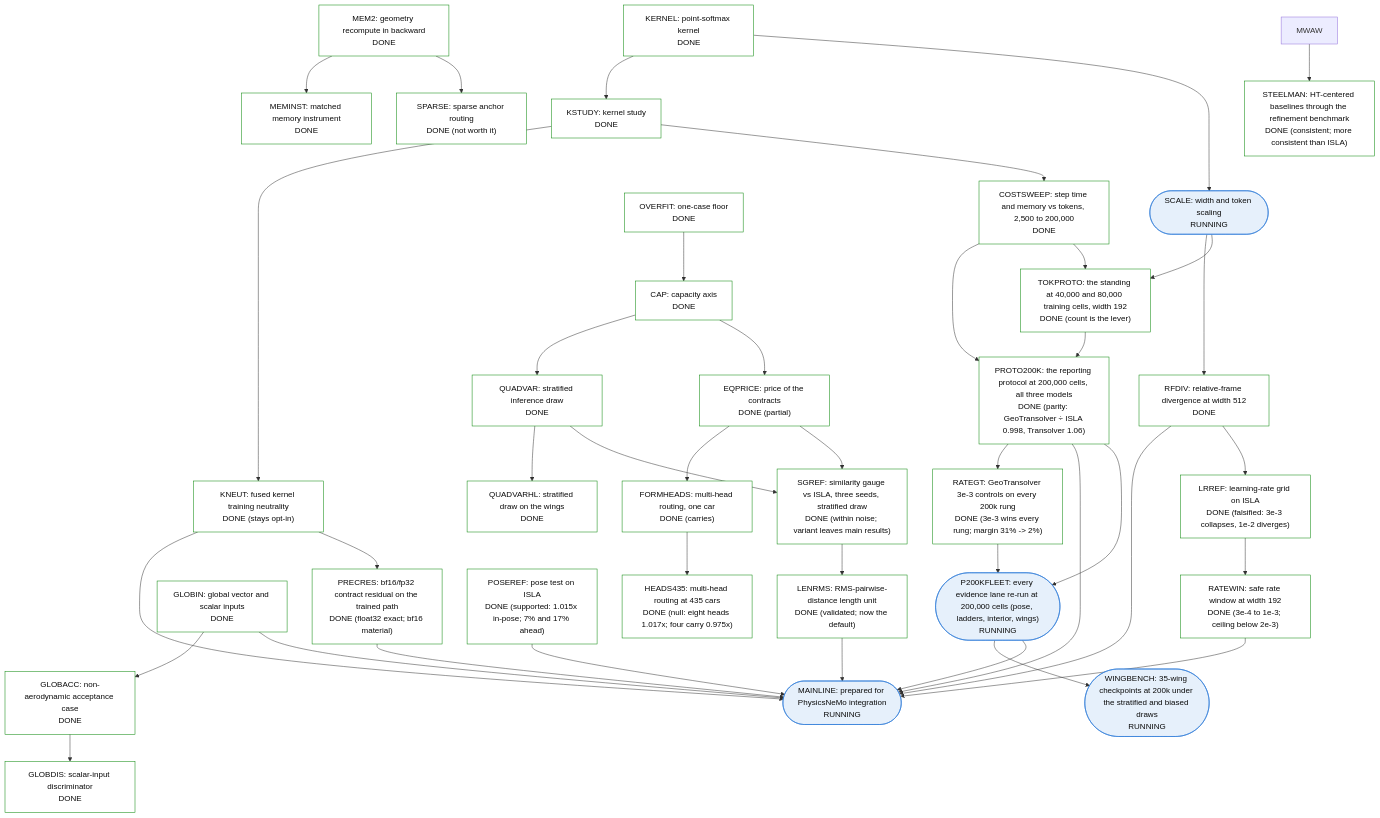
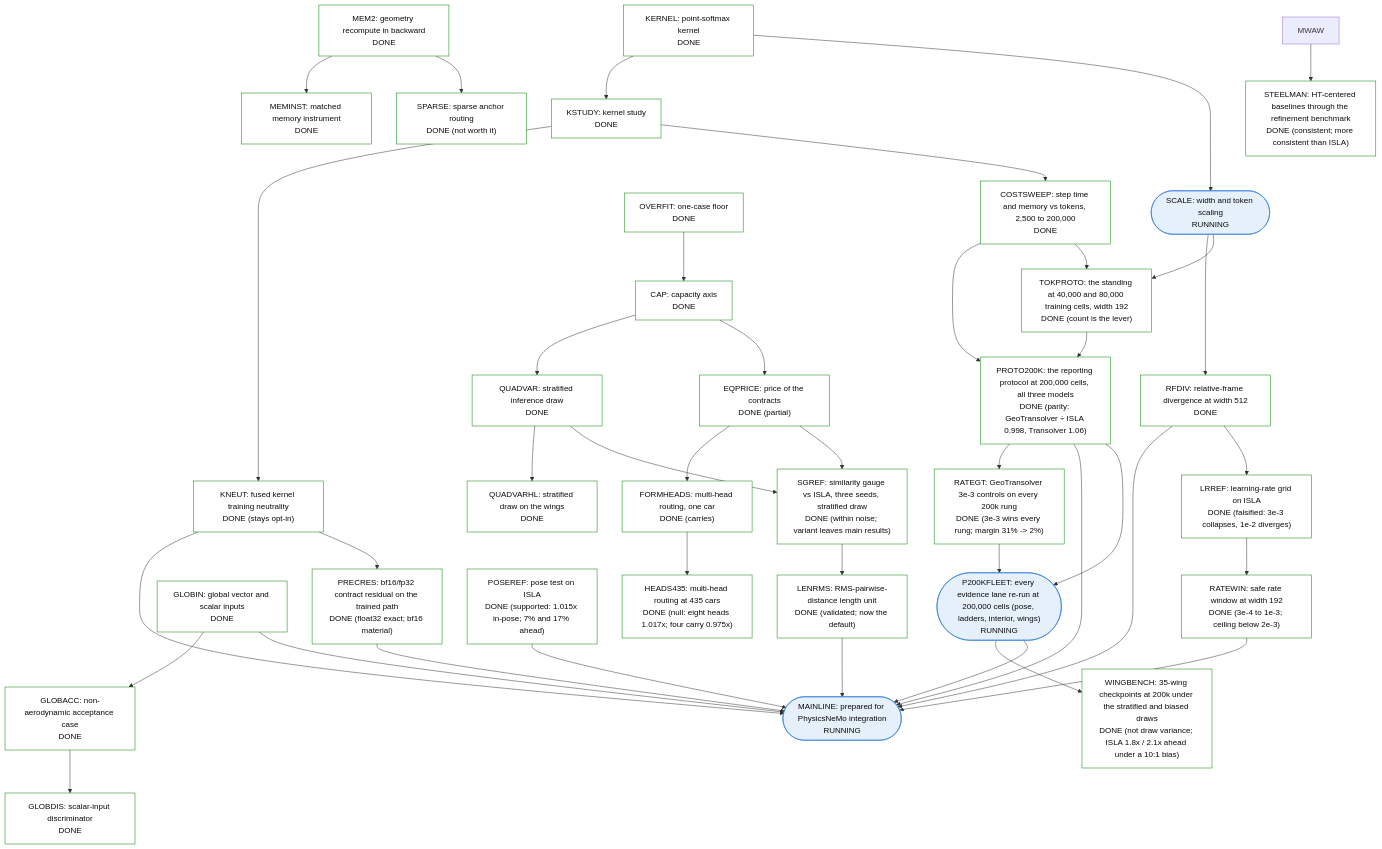
Before and after one commit to peterdsharpe/physicsnemo: the fifth of 5 diagrams in examples/cfd/mesh_transformer/book/13-program-status.qmd, drawn with Mermaid. The commit also changed other lines of this file and 3 other files, not shown here.

````diff
--- a/examples/cfd/mesh_transformer/book/13-program-status.qmd
+++ b/examples/cfd/mesh_transformer/book/13-program-status.qmd
@@ -281,82 +281,82 @@
 ```{mermaid}
 %%| fig-cap: >
 %%|   Sub-tree 5: cost, scale, deficit anatomy and mainline. HEADS435 is the
 %%|   one node RUNNING with a bar that could change ISLA's
 %%|   configuration; MAINLINE is the productization node.
 flowchart TB
     classDef done fill:#ffffff,stroke:#008300,color:#0b0b0b
     classDef running fill:#e6f0fb,stroke:#2a78d6,color:#0b0b0b
     classDef planned fill:#ffffff,stroke:#898781,color:#0b0b0b,stroke-dasharray:4 3
     classDef stopped fill:#f4f3ee,stroke:#52514e,color:#0b0b0b
     MEM2["MEM2: geometry recompute in backward<br/>DONE"]:::done
     MEMINST["MEMINST: matched memory instrument<br/>DONE"]:::done
     SPARSE["SPARSE: sparse anchor routing<br/>DONE (not worth it)"]:::done
     KERNEL["KERNEL: point-softmax kernel<br/>DONE"]:::done
     KSTUDY["KSTUDY: kernel study<br/>DONE"]:::done
     KNEUT["KNEUT: fused kernel training neutrality<br/>DONE (stays opt-in)"]:::done
     SCALE(["SCALE: width and token scaling<br/>RUNNING"]):::running
     RFDIV["RFDIV: relative-frame divergence at width 512<br/>DONE"]:::done
     OVERFIT["OVERFIT: one-case floor<br/>DONE"]:::done
     CAP["CAP: capacity axis<br/>DONE"]:::done
     QUADVAR["QUADVAR: stratified inference draw<br/>DONE"]:::done
     QUADVARHL["QUADVARHL: stratified draw on the wings<br/>DONE"]:::done
     EQPRICE["EQPRICE: price of the contracts<br/>DONE (partial)"]:::done
     FORMHEADS["FORMHEADS: multi-head routing, one car<br/>DONE (carries)"]:::done
     HEADS435["HEADS435: multi-head routing at 435 cars<br/>DONE (null: eight heads 1.017x; four carry 0.975x)"]:::done
     GLOBIN["GLOBIN: global vector and scalar inputs<br/>DONE"]:::done
     GLOBACC["GLOBACC: non-aerodynamic acceptance case<br/>DONE"]:::done
     GLOBDIS["GLOBDIS: scalar-input discriminator<br/>DONE"]:::done
     MAINLINE(["MAINLINE: prepared for PhysicsNeMo integration<br/>RUNNING"]):::running
     PRECRES["PRECRES: bf16/fp32 contract residual on the trained path<br/>DONE (float32 exact; bf16 material)"]:::done
     SGREF["SGREF: similarity gauge vs ISLA, three seeds, stratified draw<br/>DONE (within noise; variant leaves main results)"]:::done
     POSEREF["POSEREF: pose test on ISLA<br/>DONE (supported: 1.015x in-pose; 7% and 17% ahead)"]:::done
     LRREF["LRREF: learning-rate grid on ISLA<br/>DONE (falsified: 3e-3 collapses, 1e-2 diverges)"]:::done
     RATEWIN["RATEWIN: safe rate window at width 192<br/>DONE (3e-4 to 1e-3; ceiling below 2e-3)"]:::done
-    WINGBENCH(["WINGBENCH: 35-wing checkpoints at 200k under the stratified and biased draws<br/>RUNNING"]):::running
+    WINGBENCH["WINGBENCH: 35-wing checkpoints at 200k under the stratified and biased draws<br/>DONE (not draw variance; ISLA 1.8x / 2.1x ahead under a 10:1 bias)"]:::done
     RATEGT["RATEGT: GeoTransolver 3e-3 controls on every 200k rung<br/>DONE (3e-3 wins every rung; margin 31% -> 2%)"]:::done
     LENRMS["LENRMS: RMS-pairwise-distance length unit<br/>DONE (validated; now the default)"]:::done
     STEELMAN["STEELMAN: HT-centered baselines through the refinement benchmark<br/>DONE (consistent; more consistent than ISLA)"]:::done
     TOKPROTO["TOKPROTO: the standing at 40,000 and 80,000 training cells, width 192<br/>DONE (count is the lever)"]:::done
     PROTO200K["PROTO200K: the reporting protocol at 200,000 cells, all three models<br/>DONE (parity: GeoTransolver ÷ ISLA 0.998, Transolver 1.06)"]:::done
     P200KFLEET(["P200KFLEET: every evidence lane re-run at 200,000 cells (pose, ladders, interior, wings)<br/>RUNNING"]):::running
     COSTSWEEP["COSTSWEEP: step time and memory vs tokens, 2,500 to 200,000<br/>DONE"]:::done
     MEM2 --> MEMINST
     MEM2 --> SPARSE
     KERNEL --> KSTUDY
     KSTUDY --> KNEUT
     KERNEL --> SCALE
     SCALE --> RFDIV
     OVERFIT --> CAP
     CAP --> QUADVAR
     QUADVAR --> QUADVARHL
     CAP --> EQPRICE
     EQPRICE --> FORMHEADS
     FORMHEADS --> HEADS435
     GLOBIN --> GLOBACC
     GLOBACC --> GLOBDIS
     GLOBIN --> MAINLINE
     RFDIV --> MAINLINE
     KNEUT --> MAINLINE
     KNEUT --> PRECRES
     PRECRES --> MAINLINE
     QUADVAR --> SGREF
     EQPRICE --> SGREF
     RFDIV --> LRREF
     POSEREF --> MAINLINE
     LRREF --> RATEWIN
     PROTO200K --> RATEGT
     RATEGT --> P200KFLEET
     P200KFLEET --> WINGBENCH
     RATEWIN --> MAINLINE
     SGREF --> LENRMS
     LENRMS --> MAINLINE
     MWAW --> STEELMAN
     SCALE --> TOKPROTO
     TOKPROTO --> PROTO200K
     COSTSWEEP --> PROTO200K
     PROTO200K --> MAINLINE
     PROTO200K --> P200KFLEET
     P200KFLEET --> MAINLINE
     KSTUDY --> COSTSWEEP
     COSTSWEEP --> TOKPROTO
 ```
````
